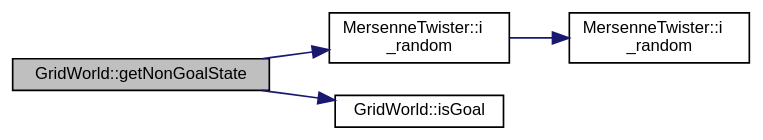
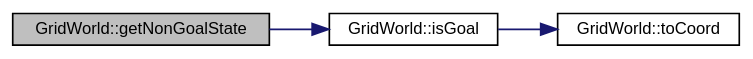
Before and after one commit to douglasrizzo/machine_learning: the diagram in docs/classGridWorld_a32bc48e56c9a7163d2fbf917df9d35c0_cgraph.dot, drawn with Graphviz. The commit also changed 393 other files, not shown here.

```diff
--- a/docs/classGridWorld_a32bc48e56c9a7163d2fbf917df9d35c0_cgraph.dot
+++ b/docs/classGridWorld_a32bc48e56c9a7163d2fbf917df9d35c0_cgraph.dot
@@ -1,14 +1,12 @@
 digraph "GridWorld::getNonGoalState"
 {
   bgcolor="transparent";
   edge [fontname="Helvetica",fontsize="10",labelfontname="Helvetica",labelfontsize="10"];
   node [fontname="Helvetica",fontsize="10",shape=record];
   rankdir="LR";
-  Node31 [label="GridWorld::getNonGoalState",height=0.2,width=0.4,color="black", fillcolor="grey75", style="filled", fontcolor="black"];
-  Node31 -> Node32 [color="midnightblue",fontsize="10",style="solid",fontname="Helvetica"];
-  Node32 [label="MersenneTwister::i\l_random",height=0.2,width=0.4,color="black",URL="$classMersenneTwister.html#a063d531b0832d9ffa50c4c0340e7e510",tooltip="Pseudo-random number generator using the Mersenne Twister method. "];
-  Node32 -> Node33 [color="midnightblue",fontsize="10",style="solid",fontname="Helvetica"];
-  Node33 [label="MersenneTwister::i\l_random",height=0.2,width=0.4,color="black",URL="$classMersenneTwister.html#aa9ac0f554639124111e344e9889334e8",tooltip="Pseudo-random number generator using the Mersenne Twister method. "];
-  Node31 -> Node34 [color="midnightblue",fontsize="10",style="solid",fontname="Helvetica"];
-  Node34 [label="GridWorld::isGoal",height=0.2,width=0.4,color="black",URL="$classGridWorld.html#a202b7bda8938f3c641c2812dcc9b5ac1",tooltip="Informs whether a state is a goal state in the grid world. "];
+  Node64 [label="GridWorld::getNonGoalState",height=0.2,width=0.4,color="black", fillcolor="grey75", style="filled", fontcolor="black"];
+  Node64 -> Node65 [color="midnightblue",fontsize="10",style="solid",fontname="Helvetica"];
+  Node65 [label="GridWorld::isGoal",height=0.2,width=0.4,color="black",URL="$classGridWorld.html#a202b7bda8938f3c641c2812dcc9b5ac1",tooltip="Informs whether a state is a goal state in the grid world. "];
+  Node65 -> Node66 [color="midnightblue",fontsize="10",style="solid",fontname="Helvetica"];
+  Node66 [label="GridWorld::toCoord",height=0.2,width=0.4,color="black",URL="$classGridWorld.html#a03d2aaf35961c3e190e4b7ab12f76e4d",tooltip="Transforms a raster coordinate from the grid world into its corresponding row x column representation..."];
 }
```
